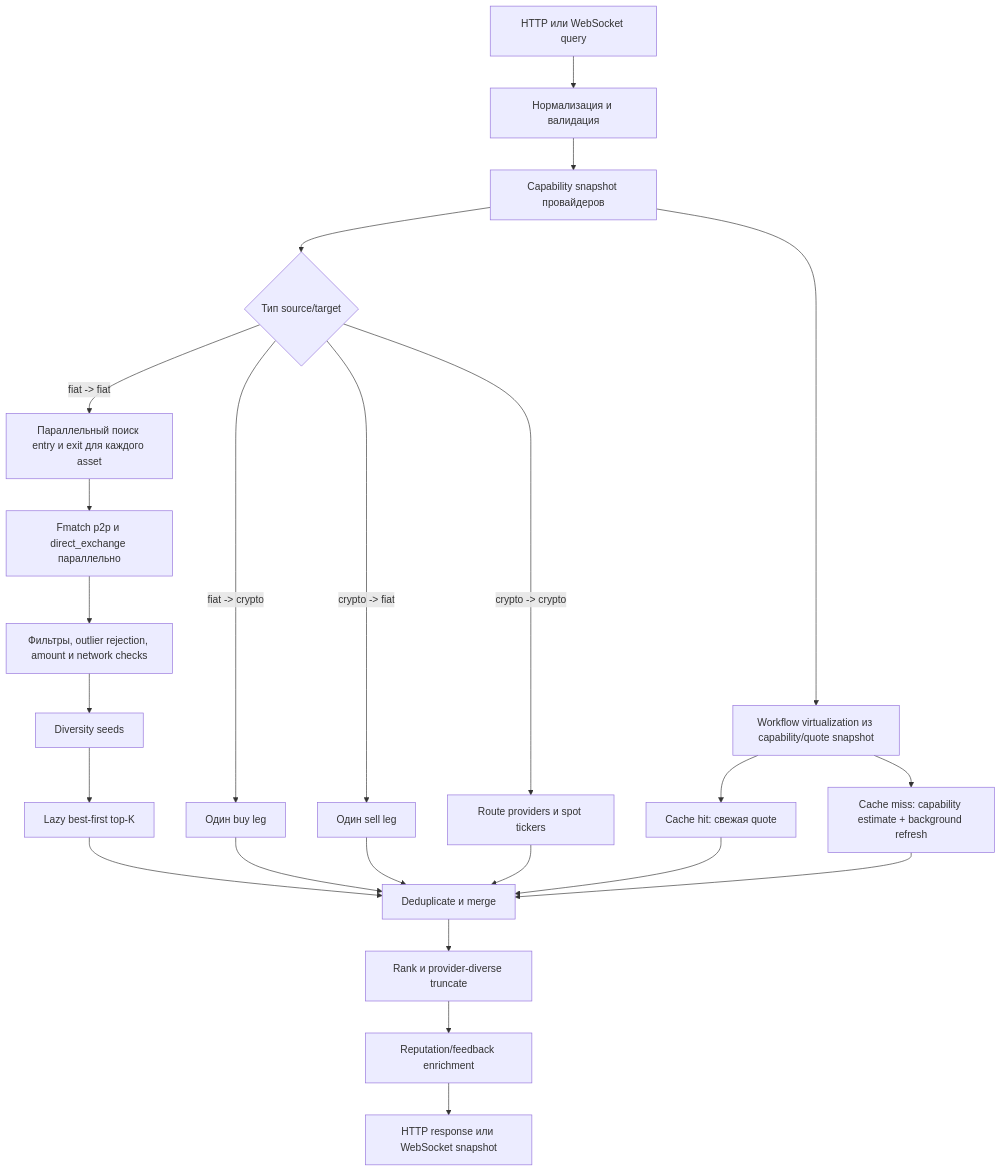
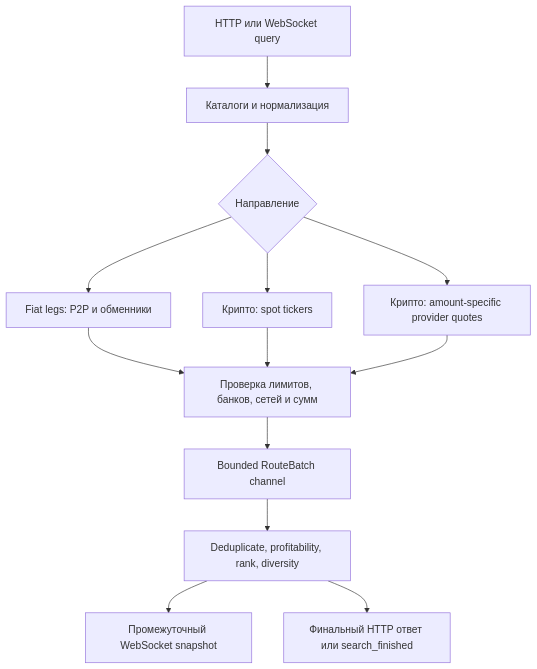
One commit to Flow3Pay/pay3flow changed the diagram in docs/route-virtualization-pipeline.md. Above: the diagram before and after it, drawn with Mermaid. The commit also changed other lines of this file and 14 other files, not shown here.

Commit message:
Refresh route algorithms, swap widgets and operations documentation

````diff
--- a/docs/route-virtualization-pipeline.md
+++ b/docs/route-virtualization-pipeline.md
@@ -224,31 +10,15 @@
 ```mermaid
 flowchart TD
-    A[HTTP или WebSocket query] --> B[Нормализация и валидация]
-    B --> C[Capability snapshot провайдеров]
-    C --> D{Тип source/target}
-
-    D -->|fiat -> fiat| E[Параллельный поиск entry и exit для каждого asset]
-    D -->|fiat -> crypto| F[Один buy leg]
-    D -->|crypto -> fiat| G[Один sell leg]
-    D -->|crypto -> crypto| H[Route providers и spot tickers]
-
-    E --> I[Fmatch p2p и direct_exchange параллельно]
-    I --> J[Фильтры, outlier rejection, amount и network checks]
-    J --> K[Diversity seeds]
-    K --> L[Lazy best-first top-K]
-
-    C --> M[Workflow virtualization из capability/quote snapshot]
-    M --> N[Cache hit: свежая quote]
-    M --> O[Cache miss: capability estimate + background refresh]
-
-    L --> P[Deduplicate и merge]
-    F --> P
-    G --> P
-    H --> P
-    N --> P
-    O --> P
-
-    P --> Q[Rank и provider-diverse truncate]
-    Q --> R[Reputation/feedback enrichment]
-    R --> S[HTTP response или WebSocket snapshot]
+    A[HTTP или WebSocket query] --> B[Каталоги и нормализация]
+    B --> C{Направление}
+    C --> D[Fiat legs: P2P и обменники]
+    C --> E[Крипто: spot tickers]
+    C --> F[Крипто: amount-specific provider quotes]
+    D --> G[Проверка лимитов, банков, сетей и сумм]
+    E --> G
+    F --> G
+    G --> H[Bounded RouteBatch channel]
+    H --> I[Deduplicate, profitability, rank, diversity]
+    I --> J[Промежуточный WebSocket snapshot]
+    I --> K[Финальный HTTP ответ или search_finished]
 ```
````
